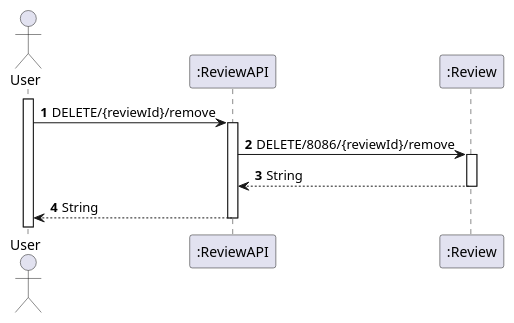
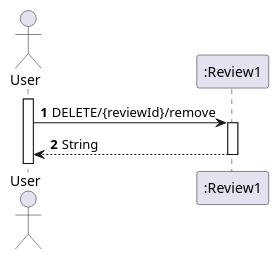
Before and after one commit to giovannaFantacini/ReviewAPI: the diagram in Documentos/SIDIS/Review_deleteByReviewId.puml, drawn with PlantUML. The commit also changed 9 other files, not shown here.

Commit message:
Diagramas

```diff
--- a/Documentos/SIDIS/Review_deleteByReviewId.puml
+++ b/Documentos/SIDIS/Review_deleteByReviewId.puml
@@ -1,17 +1,14 @@
 @startuml
 'https://plantuml.com/sequence-diagram
 
 autoactivate on
 autonumber
 
 actor "User" as User
-participant ":ReviewAPI" as rev1
-participant ":Review" as rev2
+participant ":Review1" as rev1
 
 activate User
 
 User -> rev1: DELETE/{reviewId}/remove
-rev1 -> rev2: DELETE/8086/{reviewId}/remove
-rev2 -->rev1: String
 rev1 --> User: String
 @enduml
```
